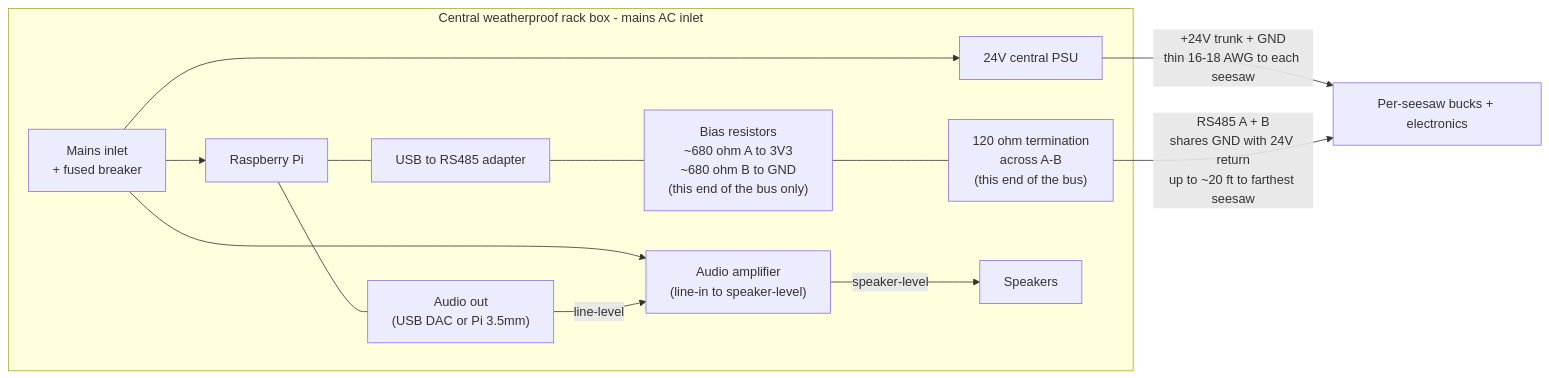
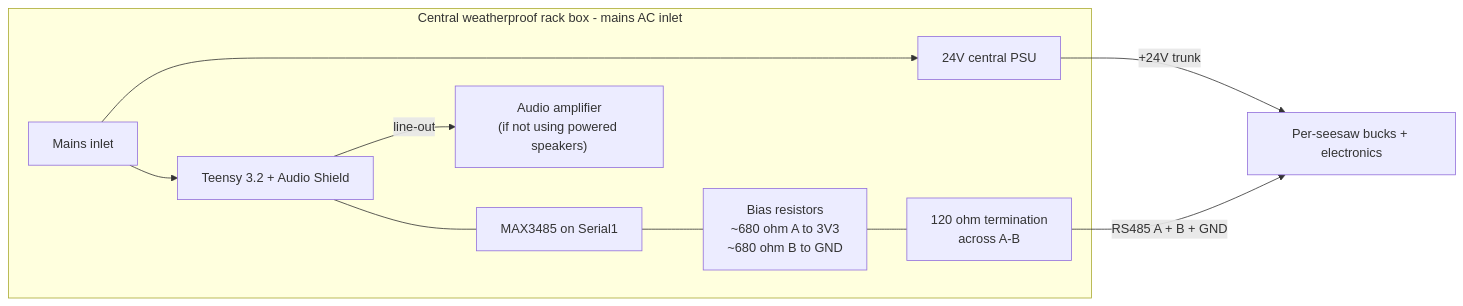
The diagram in Audio/README.md (walkerkaiman/Seesaws), drawn with Mermaid before and after one commit. The commit also changed other lines of this file and 13 other files, not shown here.

````diff
--- a/Audio/README.md
+++ b/Audio/README.md
@@ -23,21 +27,19 @@
 ```mermaid
 flowchart LR
     subgraph rack [Central weatherproof rack box - mains AC inlet]
-        Mains["Mains inlet<br/>+ fused breaker"]
+        Mains["Mains inlet"]
         PSU24["24V central PSU"]
-        Pi[Raspberry Pi]
-        DAC["Audio out<br/>(USB DAC or Pi 3.5mm)"]
-        Amp["Audio amplifier<br/>(line-in to speaker-level)"]
-        Adapter[USB to RS485 adapter]
-        Bias["Bias resistors<br/>~680 ohm A to 3V3<br/>~680 ohm B to GND<br/>(this end of the bus only)"]
-        Term["120 ohm termination<br/>across A-B<br/>(this end of the bus)"]
+        TAudio["Teensy 3.2 + Audio Shield"]
+        Amp["Audio amplifier<br/>(if not using powered speakers)"]
+        XCVR["MAX3485 on Serial1"]
+        Bias["Bias resistors<br/>~680 ohm A to 3V3<br/>~680 ohm B to GND"]
+        Term["120 ohm termination<br/>across A-B"]
         Mains --> PSU24
-        Mains --> Pi
-        Mains --> Amp
-        Pi --- DAC -->|"line-level"| Amp -->|"speaker-level"| Speakers
-        Pi --- Adapter
-        Adapter --- Bias --- Term
+        Mains --> TAudio
+        TAudio -->|"line-out"| Amp
+        TAudio --- XCVR
+        XCVR --- Bias --- Term
     end
-    PSU24 -->|"+24V trunk + GND<br/>thin 16-18 AWG to each seesaw"| Field["Per-seesaw bucks + electronics"]
-    Term -->|"RS485 A + B<br/>shares GND with 24V return<br/>up to ~20 ft to farthest seesaw"| Field
+    PSU24 -->|"+24V trunk"| Field["Per-seesaw bucks + electronics"]
+    Term -->|"RS485 A + B + GND"| Field
 ```
````
